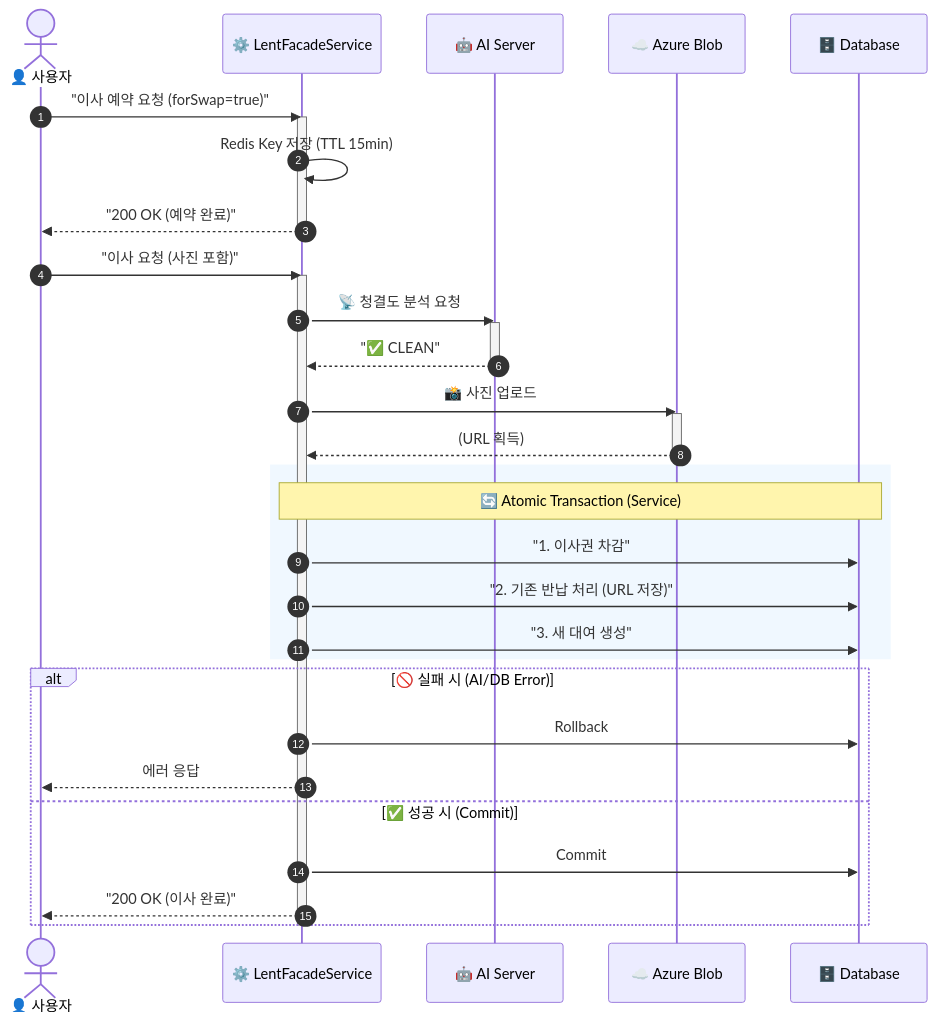
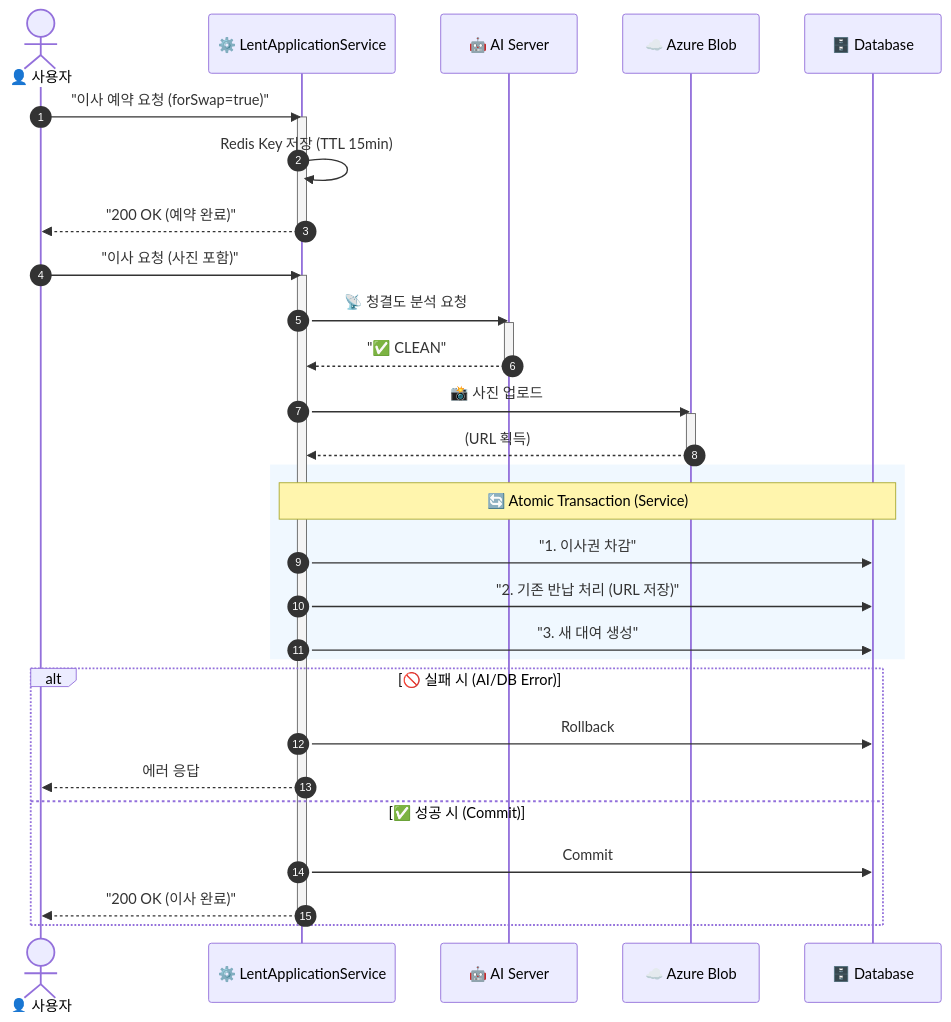
The eighth of 9 diagrams in backend/README.md (farmer0010/ft_transcendence), drawn with Mermaid before and after one commit. The commit also changed other lines of this file and 48 other files, not shown here.

First line of the commit message:
refactor: migrate to Hexagonal Architecture (Ports & Adapters)

````diff
--- a/backend/README.md
+++ b/backend/README.md
@@ -523,48 +572,48 @@
 ```mermaid
 sequenceDiagram
     autonumber
     actor User as 👤 사용자
-    participant Service as ⚙️ LentFacadeService
+    participant Service as ⚙️ LentApplicationService
     participant AI as 🤖 AI Server
     participant Azure as ☁️ Azure Blob
     participant DB as 🗄️ Database
 
     %% 0. 이사 예약 (선점)
     User->>Service: "이사 예약 요청 (forSwap=true)"
     activate Service
     Service->>Service: Redis Key 저장 (TTL 15min)
     Service-->>User: "200 OK (예약 완료)"
     deactivate Service
 
     User->>Service: "이사 요청 (사진 포함)"
     activate Service
     
     %% 1. AI 검사
     Service->>AI: 📡 청결도 분석 요청
     activate AI
     AI-->>Service: "✅ CLEAN"
     deactivate AI
 
     %% 2. 이미지 업로드
     Service->>Azure: 📸 사진 업로드
     activate Azure
     Azure-->>Service: (URL 획득)
     deactivate Azure
 
     %% 3. 트랜잭션
     rect rgb(240, 248, 255)
         Note over Service, DB: 🔄 Atomic Transaction (Service)
         Service->>DB: "1. 이사권 차감"
         Service->>DB: "2. 기존 반납 처리 (URL 저장)"
         Service->>DB: "3. 새 대여 생성"
     end
 
     alt 🚫 실패 시 (AI/DB Error)
         Service->>DB: Rollback
         Service-->>User: 에러 응답
     else ✅ 성공 시 (Commit)
         Service->>DB: Commit
         Service-->>User: "200 OK (이사 완료)"
     end
     deactivate Service
 ```
````
